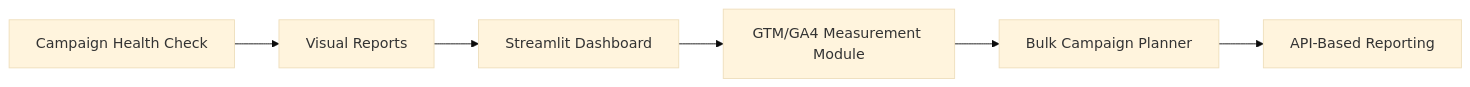
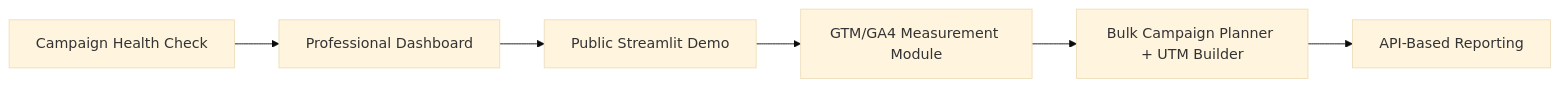
Before and after one commit to vaishnavkadhao/ai-performance-marketing-automation-lab: the third of 3 diagrams in README.md, drawn with Mermaid (base theme). The commit also changed other lines of this file, not shown here.

Commit message:
Update README with professional Project 1 screenshots

````diff
--- a/README.md
+++ b/README.md
@@ -185,8 +220,8 @@
 ```mermaid
 flowchart LR
-    A[Campaign Health Check] --> B[Visual Reports]
-    B --> C[Streamlit Dashboard]
+    A[Campaign Health Check] --> B[Professional Dashboard]
+    B --> C[Public Streamlit Demo]
     C --> D[GTM/GA4 Measurement Module]
-    D --> E[Bulk Campaign Planner]
+    D --> E[Bulk Campaign Planner + UTM Builder]
     E --> F[API-Based Reporting]
 ```
````
